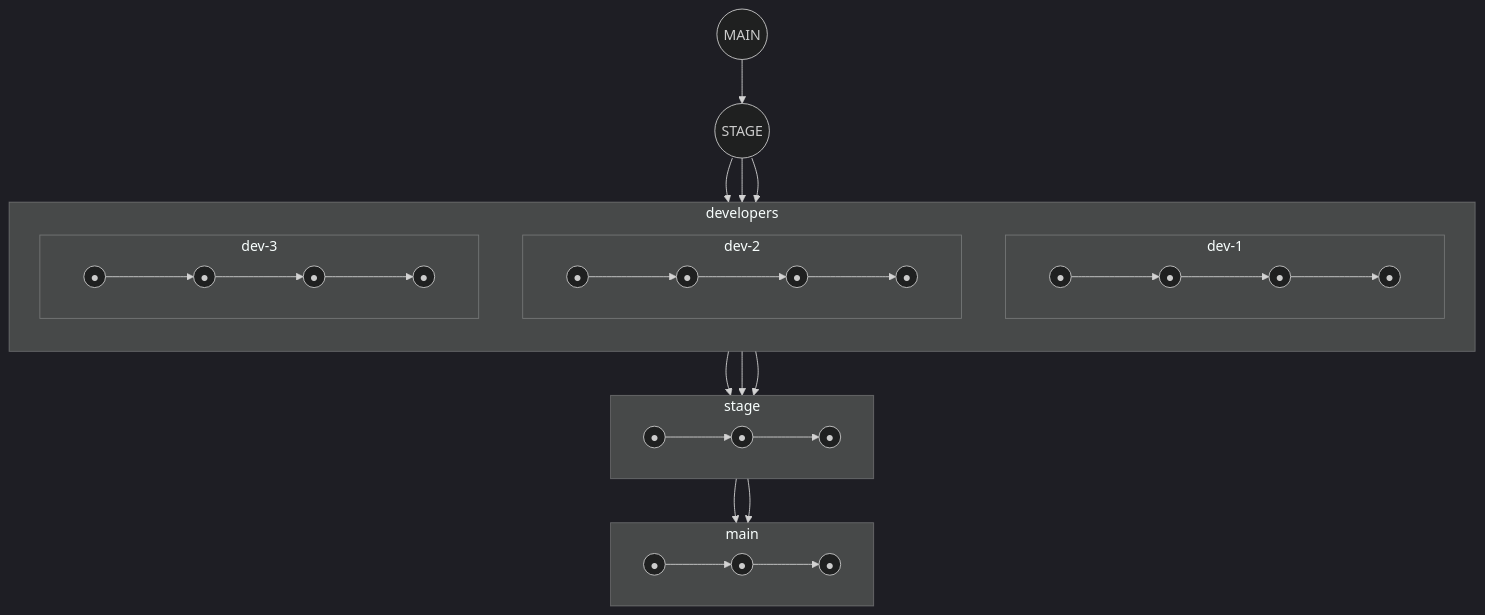
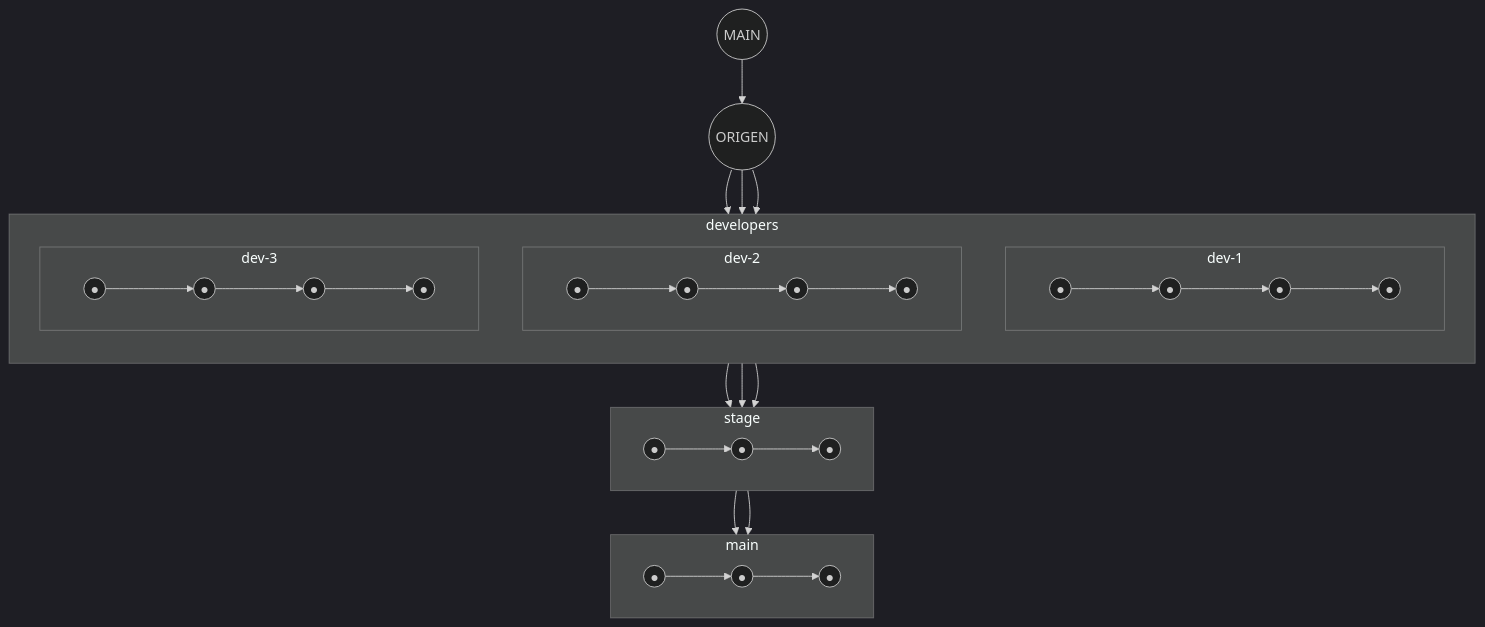
Before and after one commit to heizeisaburou/templatex: the diagram in CONTRIBUTING.md, drawn with Mermaid (dark theme). The commit also changed other lines of this file, not shown here.

````diff
--- a/CONTRIBUTING.md
+++ b/CONTRIBUTING.md
@@ -97,54 +117,53 @@
 ```mermaid
 flowchart TB
 
-	%% ORIGEN - de las ramas dev
-	M((MAIN))
-	O((STAGE))
+    M((MAIN))
+    O((ORIGEN))
 	M --> O
 
-	%% MAIN — arriba
-	subgraph MAIN["main"]
-		direction LR
-		M1((●)) --> M2((●)) --> M3((●))
-	end
+    %% MAIN — arriba
+    subgraph MAIN["main"]
+        direction LR
+        M1((●)) --> M2((●)) --> M3((●))
+    end
 
-	%% STAGE — segunda capa
-	subgraph STAGE["stage"]
-		direction LR
-		S1((●)) --> S2((●)) --> S3((●))
-	end
+    %% STAGE — segunda capa
+    subgraph STAGE["stage"]
+        direction LR
+        S1((●)) --> S2((●)) --> S3((●))
+    end
 
-	%% DEVELOPERS — abajo
-	subgraph DEVELOPERS["developers"]
-		direction TB
+    %% DEVELOPERS — abajo
+    subgraph DEVELOPERS["developers"]
+        direction TB
 
-		subgraph DEV1["dev-1"]
-			direction LR
-			D1_1((●)) --> D1_2((●)) --> D1_3((●)) --> D1_4((●))
-		end
+        subgraph DEV1["dev-1"]
+            direction LR
+            D1_1((●)) --> D1_2((●)) --> D1_3((●)) --> D1_4((●))
+        end
 
-		subgraph DEV2["dev-2"]
-			direction LR
-			D2_1((●)) --> D2_2((●)) --> D2_3((●)) --> D2_4((●))
-		end
+        subgraph DEV2["dev-2"]
+            direction LR
+            D2_1((●)) --> D2_2((●)) --> D2_3((●)) --> D2_4((●))
+        end
 
-		subgraph DEV3["dev-3"]
-			direction LR
-			D3_1((●)) --> D3_2((●)) --> D3_3((●)) --> D3_4((●))
-		end
-	end
+        subgraph DEV3["dev-3"]
+            direction LR
+            D3_1((●)) --> D3_2((●)) --> D3_3((●)) --> D3_4((●))
+        end
+    end
 
-	%% ÚNICO ORIGEN
-	O --> D1_1
-	O --> D2_1
-	O --> D3_1
+    %% ÚNICO ORIGEN
+    O --> D1_1
+    O --> D2_1
+    O --> D3_1
 
-	%% DEV → STAGE
-	D1_3 --> S1
-	D2_2 --> S2
-	D3_3 --> S3
+    %% DEV → STAGE
+    D1_3 --> S1
+    D2_2 --> S2
+    D3_3 --> S3
 
-	%% STAGE → MAIN
-	S2 --> M1
-	S3 --> M2
+    %% STAGE → MAIN
+    S2 --> M1
+    S3 --> M2
 ```
````
